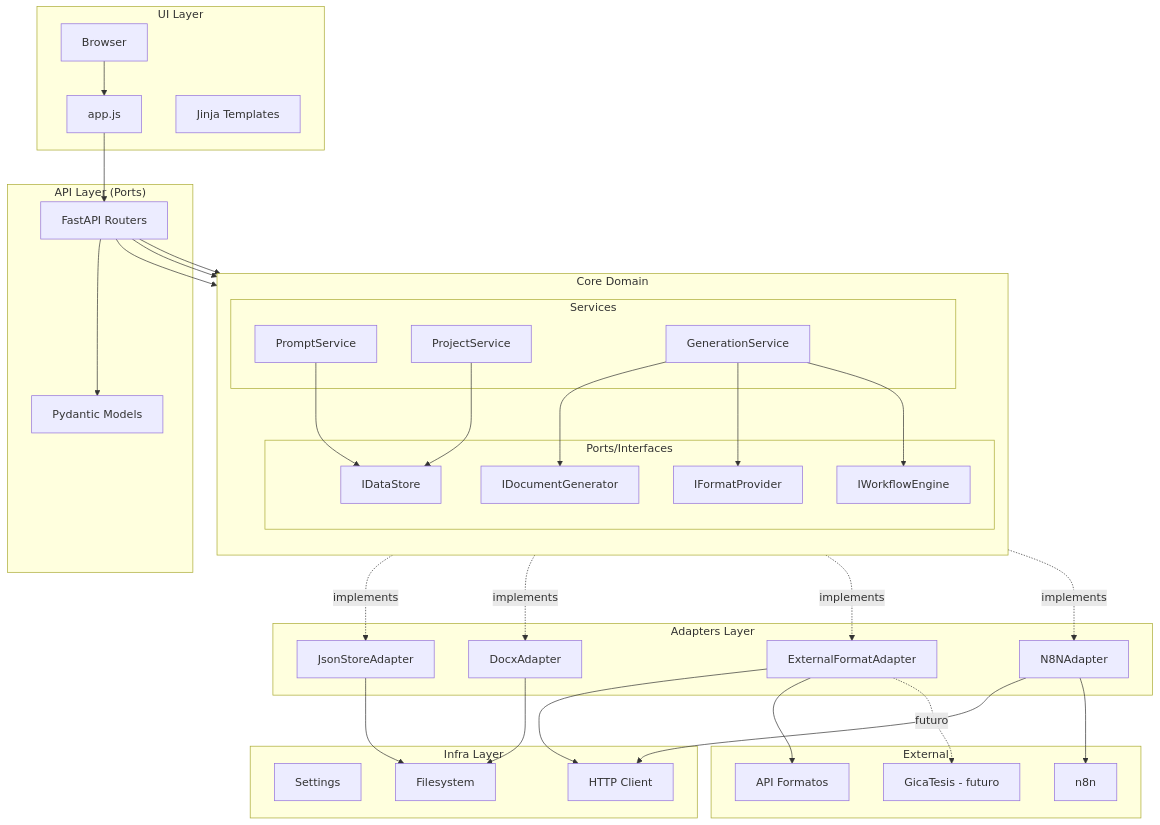
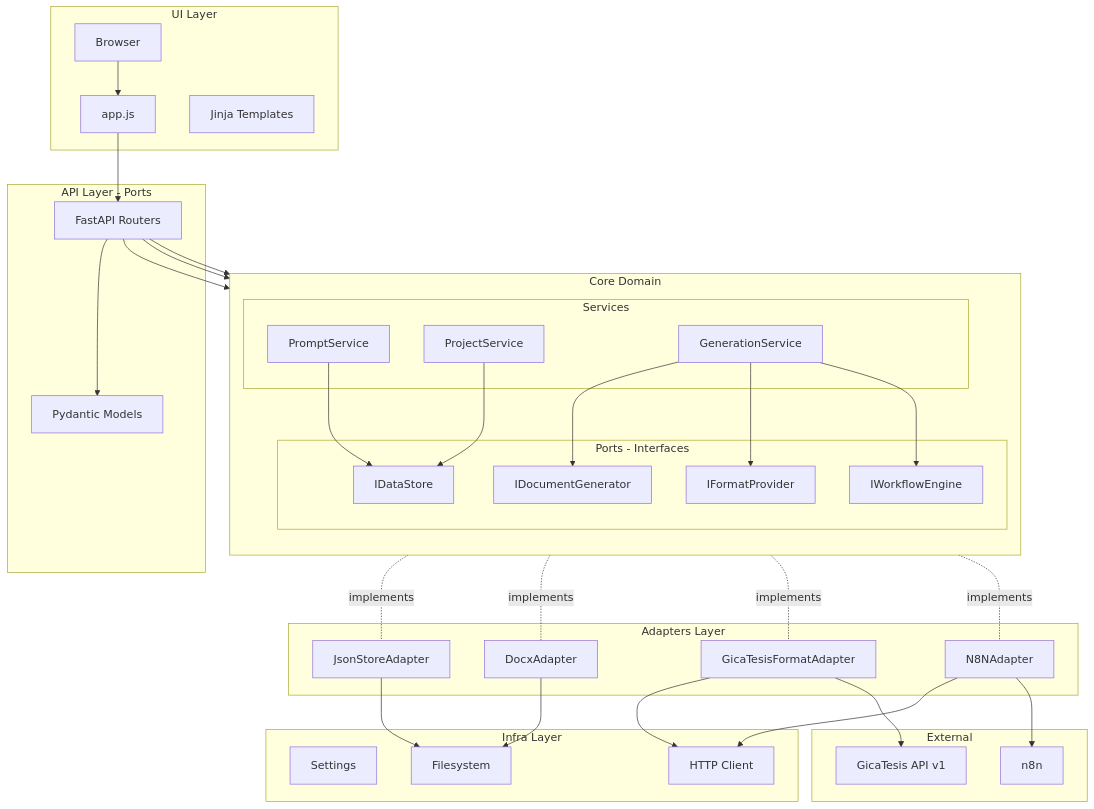
The fourth of 4 diagrams in docs/02-arquitectura.md (mikehernandez-bit/Proyecto2TesisAI), drawn with Mermaid before and after one commit. The commit also changed other lines of this file and 160 other files, not shown here.

````diff
--- a/docs/02-arquitectura.md
+++ b/docs/02-arquitectura.md
@@ -153,74 +221,71 @@
 ```mermaid
 graph TB
     subgraph "UI Layer"
         BROWSER[Browser]
         JS[app.js]
         TEMPLATES[Jinja Templates]
     end
     
-    subgraph "API Layer (Ports)"
+    subgraph "API Layer - Ports"
         API[FastAPI Routers]
         MODELS[Pydantic Models]
     end
     
     subgraph "Core Domain"
         direction TB
         subgraph "Services"
             PROMPT_SVC[PromptService]
             PROJECT_SVC[ProjectService]
             GEN_SVC[GenerationService]
         end
-        subgraph "Ports/Interfaces"
+        subgraph "Ports - Interfaces"
             I_STORE[IDataStore]
             I_DOCGEN[IDocumentGenerator]
             I_FORMAT[IFormatProvider]
             I_WORKFLOW[IWorkflowEngine]
         end
     end
     
     subgraph "Adapters Layer"
         JSON_ADAPTER[JsonStoreAdapter]
         DOCX_ADAPTER[DocxAdapter]
-        FORMAT_ADAPTER[ExternalFormatAdapter]
+        FORMAT_ADAPTER[GicaTesisFormatAdapter]
         N8N_ADAPTER[N8NAdapter]
     end
     
     subgraph "Infra Layer"
         CONFIG[Settings]
         FS[Filesystem]
         HTTP[HTTP Client]
     end
     
     subgraph "External"
-        EXT_API[API Formatos]
+        GICATESIS[GicaTesis API v1]
         N8N[n8n]
-        GICATESIS[GicaTesis - futuro]
     end
     
     BROWSER --> JS
     JS --> API
     API --> MODELS
     API --> PROMPT_SVC
     API --> PROJECT_SVC
     API --> GEN_SVC
     
     PROMPT_SVC --> I_STORE
     PROJECT_SVC --> I_STORE
     GEN_SVC --> I_DOCGEN
     GEN_SVC --> I_FORMAT
     GEN_SVC --> I_WORKFLOW
     
-    I_STORE -.->|implements| JSON_ADAPTER
-    I_DOCGEN -.->|implements| DOCX_ADAPTER
-    I_FORMAT -.->|implements| FORMAT_ADAPTER
-    I_WORKFLOW -.->|implements| N8N_ADAPTER
+    I_STORE -.-|implements| JSON_ADAPTER
+    I_DOCGEN -.-|implements| DOCX_ADAPTER
+    I_FORMAT -.-|implements| FORMAT_ADAPTER
+    I_WORKFLOW -.-|implements| N8N_ADAPTER
     
     JSON_ADAPTER --> FS
     DOCX_ADAPTER --> FS
     FORMAT_ADAPTER --> HTTP
-    FORMAT_ADAPTER --> EXT_API
+    FORMAT_ADAPTER --> GICATESIS
     N8N_ADAPTER --> HTTP
     N8N_ADAPTER --> N8N
-    
-    FORMAT_ADAPTER -.->|futuro| GICATESIS
 ```
````
